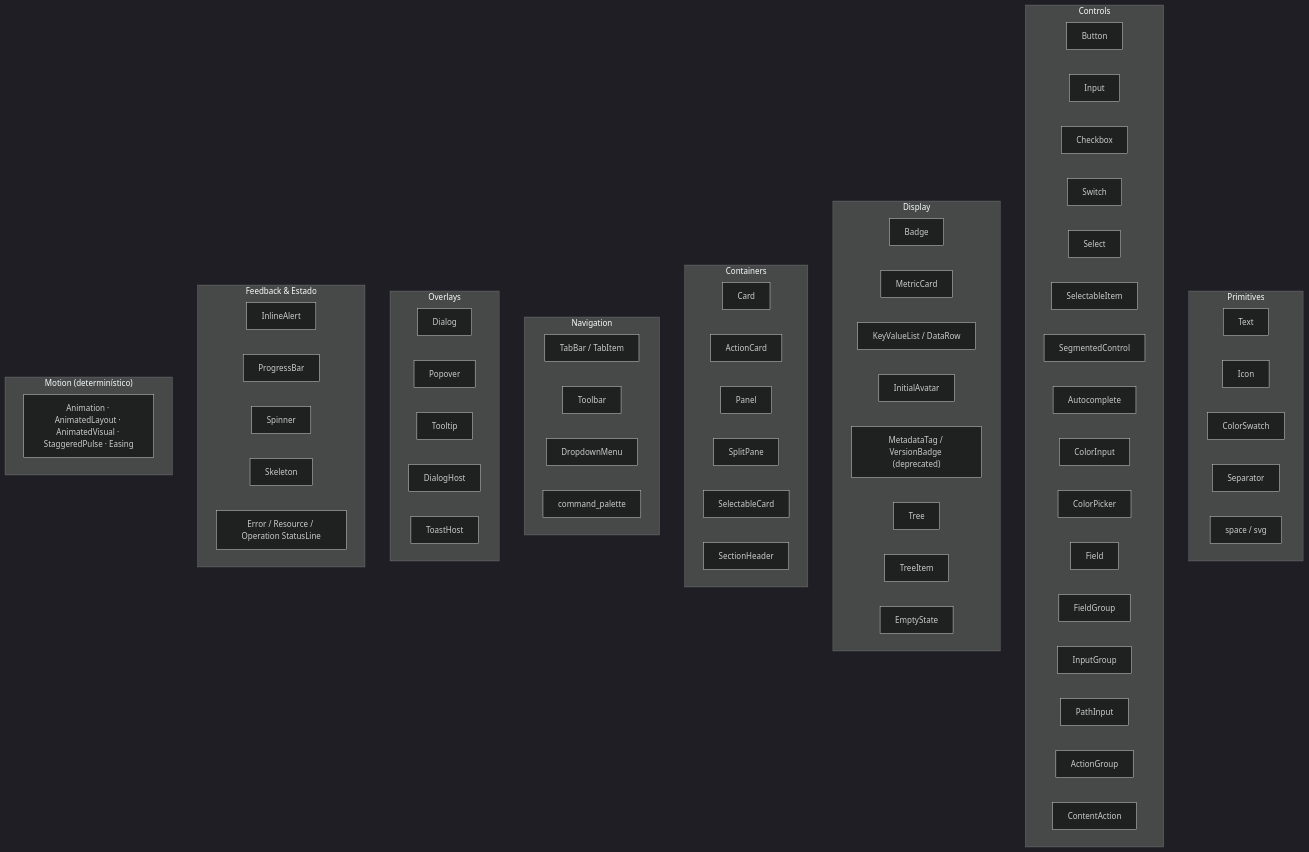
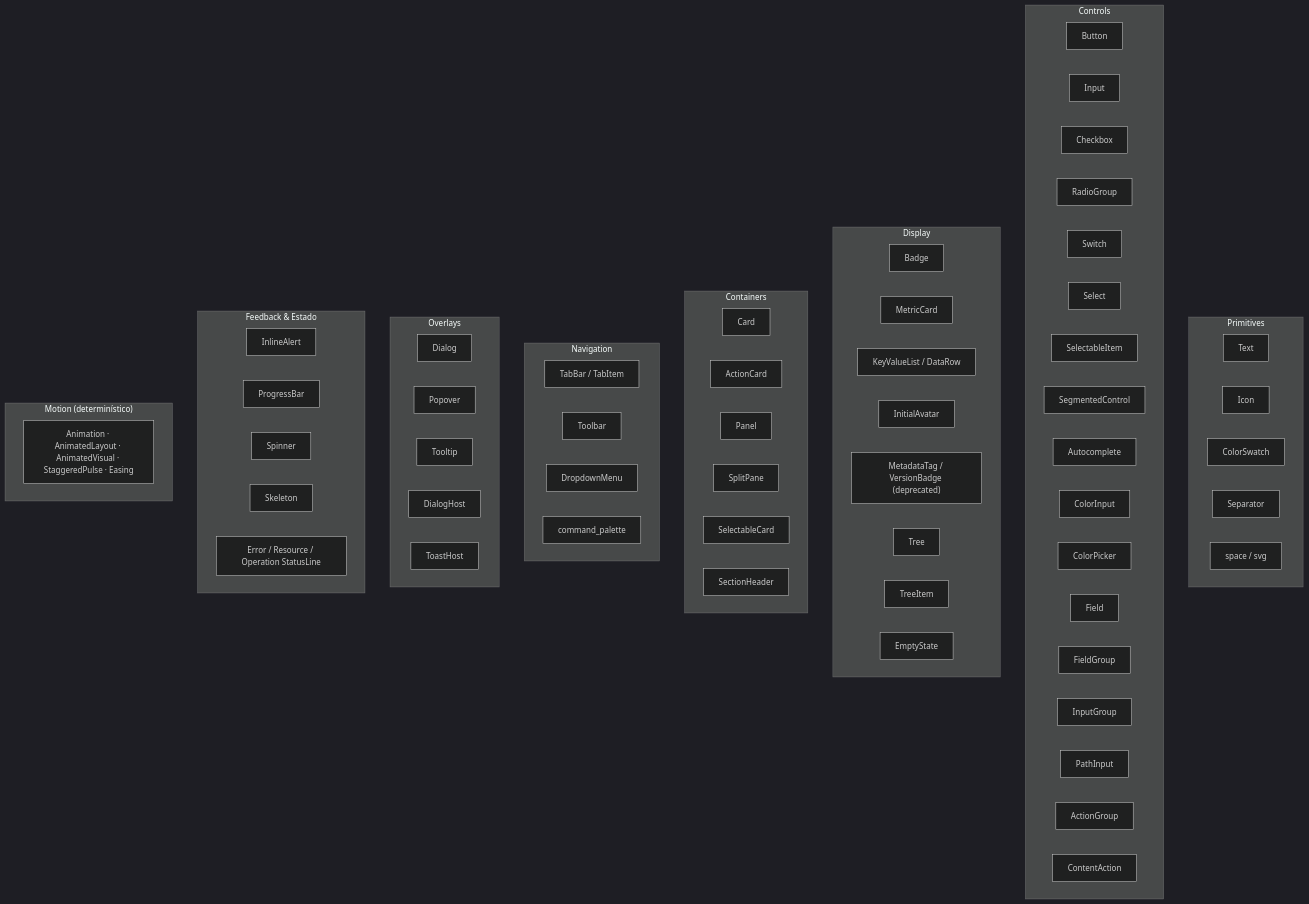
The third of 3 diagrams in docs/architecture/design-system.md (JirlanSouza/nive), drawn with Mermaid (dark theme) before and after one commit. The commit also changed other lines of this file and 7 other files, not shown here.

````diff
--- a/docs/architecture/design-system.md
+++ b/docs/architecture/design-system.md
@@ -328,70 +328,71 @@
 ```mermaid
 flowchart TB
     subgraph primitives["Primitives"]
         Text
         Icon
         ColorSwatch
         Separator
         SpaceSvg["space / svg"]
     end
     subgraph controls["Controls"]
         Button
         Input
         Checkbox
+        RadioGroup
         Switch
         Select
         SelectableItem
         SegmentedControl
         Autocomplete
         ColorInput
         ColorPicker
         Field
         FieldGroup
         InputGroup
         PathInput
         ActionGroup
         ContentAction
     end
     subgraph display["Display"]
         Badge
         MetricCard
         KeyValueList["KeyValueList / DataRow"]
         InitialAvatar
         MetadataTag["MetadataTag / VersionBadge (deprecated)"]
         Tree
         TreeItem
         EmptyState
     end
     subgraph containers["Containers"]
         Card
         ActionCard
         Panel
         SplitPane
         SelectableCard
         SectionHeader
     end
     subgraph navigation["Navigation"]
         Tabs["TabBar / TabItem"]
         Toolbar
         DropdownMenu
         CommandPalette["command_palette"]
     end
     subgraph overlays["Overlays"]
         Dialog
         Popover
         Tooltip
         DialogHost
         ToastHost
     end
     subgraph feedback["Feedback & Estado"]
         InlineAlert
         ProgressBar
         Spinner
         Skeleton
         EmptyState
         StatusLines["Error / Resource / Operation StatusLine"]
     end
     subgraph motion["Motion (determinístico)"]
         Animation["Animation · AnimatedLayout · AnimatedVisual · StaggeredPulse · Easing"]
     end
 ```
````
